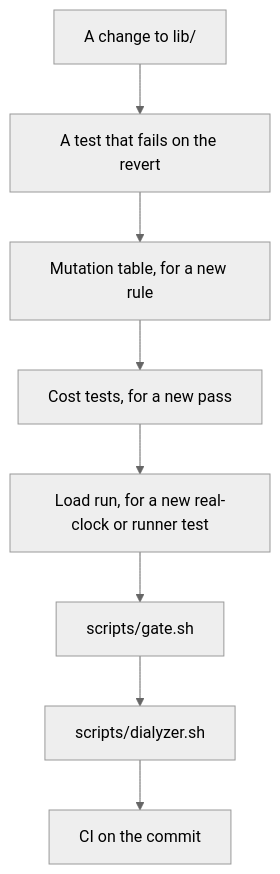
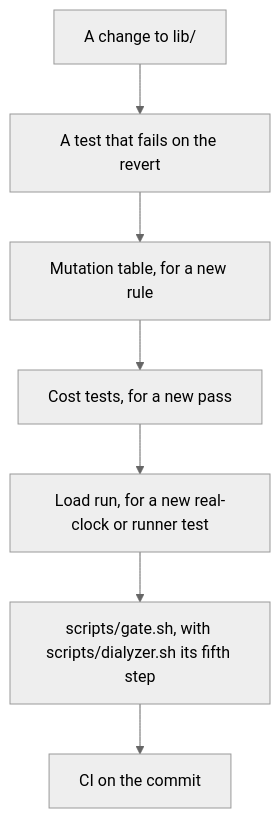
The diagram in docs/implementation/testing-checks.md (rellen/logex), drawn with Mermaid (neutral theme) before and after one commit. The commit also changed other lines of this file and 8 other files, not shown here.

First line of the commit message:
DOC-1 step 2 close: the gate's 5 steps, Dialyzer the fifth, as main has it

````diff
--- a/docs/implementation/testing-checks.md
+++ b/docs/implementation/testing-checks.md
@@ -19,10 +19,9 @@
 ```mermaid
 flowchart TD
   change["A change to lib/"] --> red["A test that fails on the revert"]
   red --> mutants["Mutation table, for a new rule"]
   mutants --> cost["Cost tests, for a new pass"]
   cost --> load["Load run, for a new real-clock or runner test"]
-  load --> gate["scripts/gate.sh"]
-  gate --> dialyzer["scripts/dialyzer.sh"]
-  dialyzer --> ci["CI on the commit"]
+  load --> gate["scripts/gate.sh, with scripts/dialyzer.sh its fifth step"]
+  gate --> ci["CI on the commit"]
 ```
````
